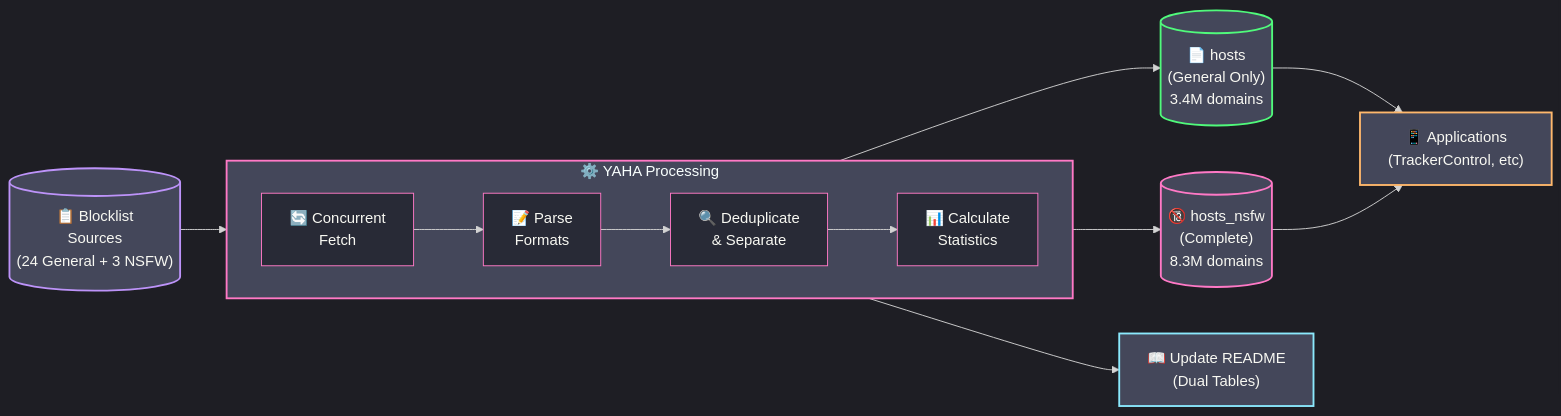
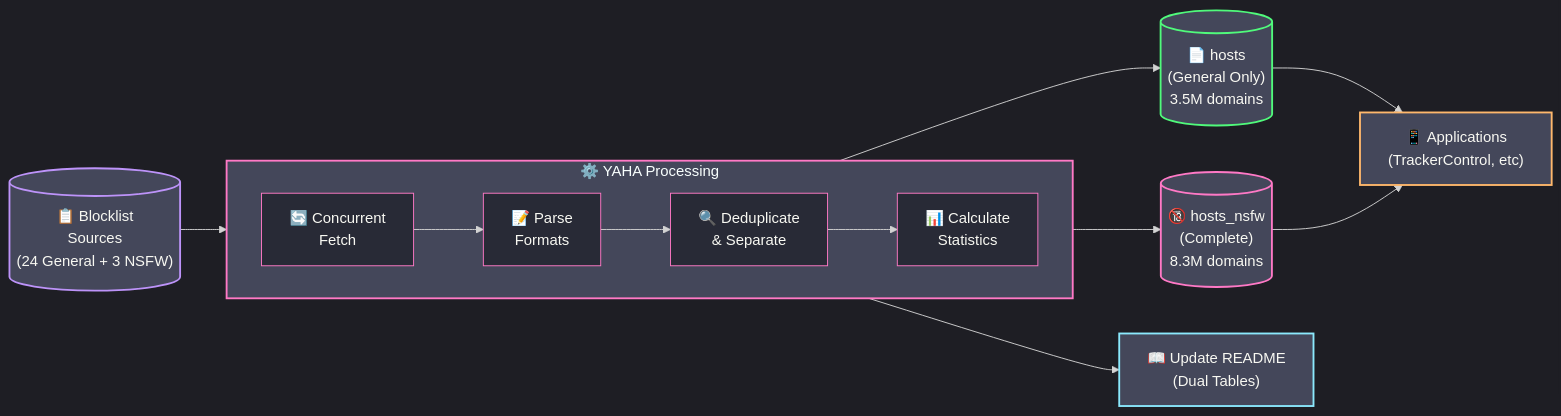
The diagram in README.md (scottdraper8/yaha), drawn with Mermaid before and after one commit. The commit also changed other lines of this file, not shown here.

Commit message:
Update blocklist stats: 3459331 general / 8287922 with NSFW [automated]

````diff
--- a/README.md
+++ b/README.md
@@ -42,35 +42,35 @@
 ```mermaid
 %%{init: {'theme': 'dark', 'themeVariables': {
     'primaryColor': '#ff79c6',
     'secondaryColor': '#bd93f9',
     'tertiaryColor': '#44475a',
     'mainBkg': '#282a36',
     'nodeBorder': '#ff79c6',
     'clusterBkg': '#44475a',
     'clusterBorder': '#bd93f9',
     'textColor': '#f8f8f2'
 }}}%%
 flowchart LR
     Sources[("📋 Blocklist<br/>Sources<br/>(24 General + 3 NSFW)")] --> Fetch
 
     subgraph Process["⚙️ YAHA Processing"]
         direction LR
         Fetch["🔄 Concurrent<br/>Fetch"] --> Parse["📝 Parse<br/>Formats"]
         Parse --> Dedupe["🔍 Deduplicate<br/>& Separate"]
         Dedupe --> Stats["📊 Calculate<br/>Statistics"]
     end
 
-    Stats --> Output1[("📄 hosts<br/>(General Only)<br/>3.4M domains")]
+    Stats --> Output1[("📄 hosts<br/>(General Only)<br/>3.5M domains")]
     Stats --> Output2[("🔞 hosts_nsfw<br/>(Complete)<br/>8.3M domains")]
     Stats --> README["📖 Update README<br/>(Dual Tables)"]
 
     Output1 --> Apps["📱 Applications<br/>(TrackerControl, etc)"]
     Output2 --> Apps
 
     style Sources fill:#44475a,stroke:#bd93f9,stroke-width:2px
     style Process fill:#44475a,stroke:#ff79c6,stroke-width:2px
     style Output1 fill:#44475a,stroke:#50fa7b,stroke-width:2px
     style Output2 fill:#44475a,stroke:#ff79c6,stroke-width:2px
     style README fill:#44475a,stroke:#8be9fd,stroke-width:2px
     style Apps fill:#44475a,stroke:#ffb86c,stroke-width:2px
 ```
````
